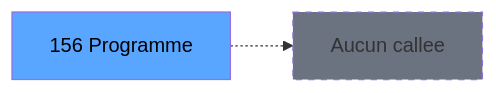
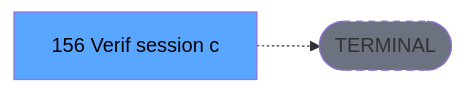
Before and after one commit to thonyAGP/lecteur-magic: the third of 3 diagrams in .openspec/renders/ADH-IDE-156.md, drawn with Mermaid. The commit also changed other lines of this file and 701 other files, not shown here.

````diff
--- a/.openspec/renders/ADH-IDE-156.md
+++ b/.openspec/renders/ADH-IDE-156.md
@@ -142,8 +134,8 @@
 ```mermaid
 graph LR
-    T[156 Programme]
-    NONE[Aucun callee]
-    T -.-> NONE
+    T[156 Verif session c]
+    TERM([TERMINAL])
+    T -.-> TERM
+    style TERM fill:#6b7280,stroke-dasharray: 5 5
     style T fill:#58a6ff,color:#000
-    style NONE fill:#6b7280,stroke-dasharray: 5 5
 ```
````
